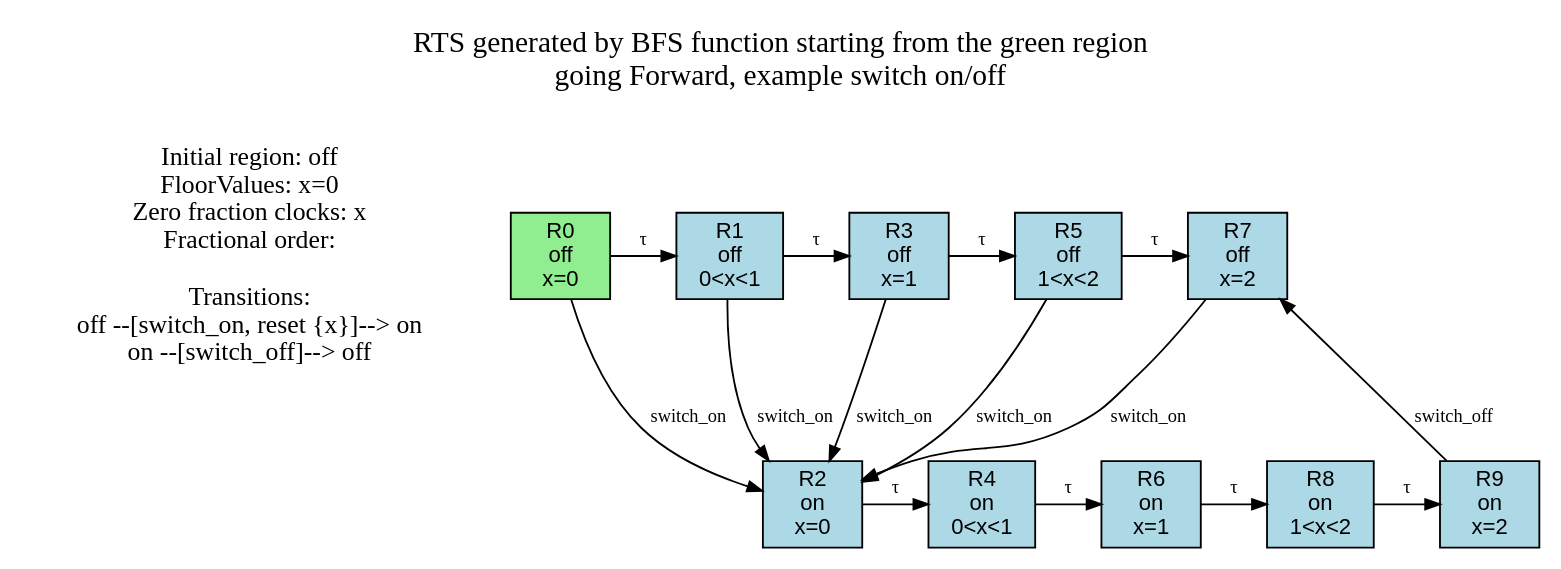
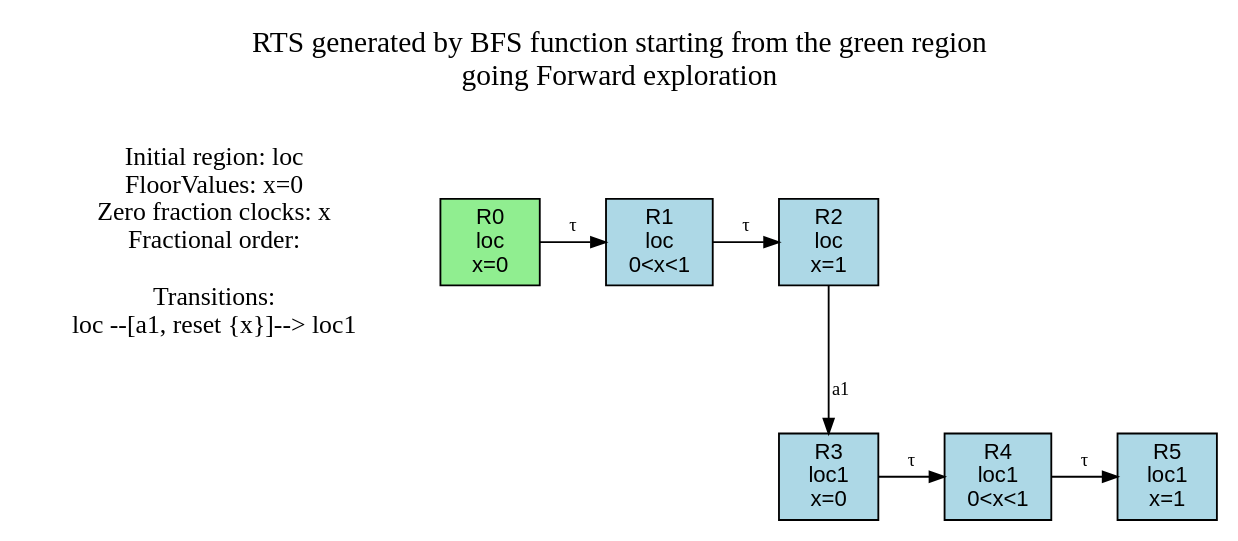
Before and after one commit to mcdu10/Timed-CLTLoc-Games: the diagram in cmake-build-debug/output/rts_forward.dot, drawn with Graphviz. The commit also changed 10 other files, not shown here.

```diff
--- a/cmake-build-debug/output/rts_forward.dot
+++ b/cmake-build-debug/output/rts_forward.dot
@@ -1,48 +1,31 @@
 digraph RTS {
   rankdir=TB;
   splines=true;
-  label="RTS generated by BFS function starting from the green region\ngoing Forward, example switch on/off
+  label="RTS generated by BFS function starting from the green region\ngoing Forward exploration
 
 ";
   labelloc=t;
   fontsize=16;
-  Info [shape=plaintext, label="Initial region: off\nFloorValues: x=0 \nZero fraction clocks: x \nFractional order:\n\nTransitions:\noff --[switch_on, reset {x}]--> on\non --[switch_off]--> off\n"];
+  Info [shape=plaintext, label="Initial region: loc\nFloorValues: x=0 \nZero fraction clocks: x \nFractional order:\n\nTransitions:\nloc --[a1, reset {x}]--> loc1\n"];
   node [shape=box, style=filled, fillcolor=white, fontname=Helvetica, fontsize=12];
   edge [fontsize=10, color=black, arrowsize=0.8];
-  R0 [label="R0\noff
+  R0 [label="R0\nloc
 x=0", fillcolor=lightgreen];
-  R1 [label="R1\noff
+  R1 [label="R1\nloc
 0<x<1", fillcolor=lightblue];
-  R2 [label="R2\non
+  R2 [label="R2\nloc
+x=1", fillcolor=lightblue];
+  R3 [label="R3\nloc1
 x=0", fillcolor=lightblue];
-  R3 [label="R3\noff
+  R4 [label="R4\nloc1
+0<x<1", fillcolor=lightblue];
+  R5 [label="R5\nloc1
 x=1", fillcolor=lightblue];
-  R4 [label="R4\non
-0<x<1", fillcolor=lightblue];
-  R5 [label="R5\noff
-1<x<2", fillcolor=lightblue];
-  R6 [label="R6\non
-x=1", fillcolor=lightblue];
-  R7 [label="R7\noff
-x=2", fillcolor=lightblue];
-  R8 [label="R8\non
-1<x<2", fillcolor=lightblue];
-  R9 [label="R9\non
-x=2", fillcolor=lightblue];
-  { rank=same; R1; R5; R0; R3; R7; }
-  { rank=same; R4; R8; R2; R6; R9; }
+  { rank=same; R1; R0; R2; }
+  { rank=same; R4; R3; R5; }
   R0 -> R1 [label="τ"];
-  R0 -> R2 [label="switch_on"];
-  R1 -> R3 [label="τ"];
-  R1 -> R2 [label="switch_on"];
-  R2 -> R4 [label="τ"];
-  R3 -> R5 [label="τ"];
-  R3 -> R2 [label="switch_on"];
-  R4 -> R6 [label="τ"];
-  R5 -> R7 [label="τ"];
-  R5 -> R2 [label="switch_on"];
-  R6 -> R8 [label="τ"];
-  R7 -> R2 [label="switch_on"];
-  R8 -> R9 [label="τ"];
-  R9 -> R7 [label="switch_off"];
+  R1 -> R2 [label="τ"];
+  R2 -> R3 [label="a1"];
+  R3 -> R4 [label="τ"];
+  R4 -> R5 [label="τ"];
 }
```
